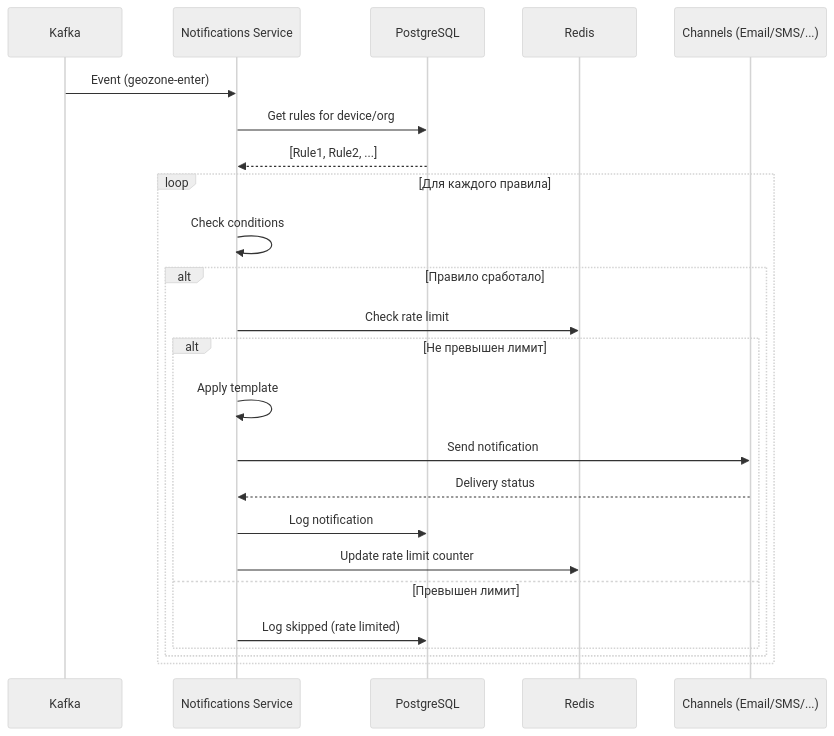
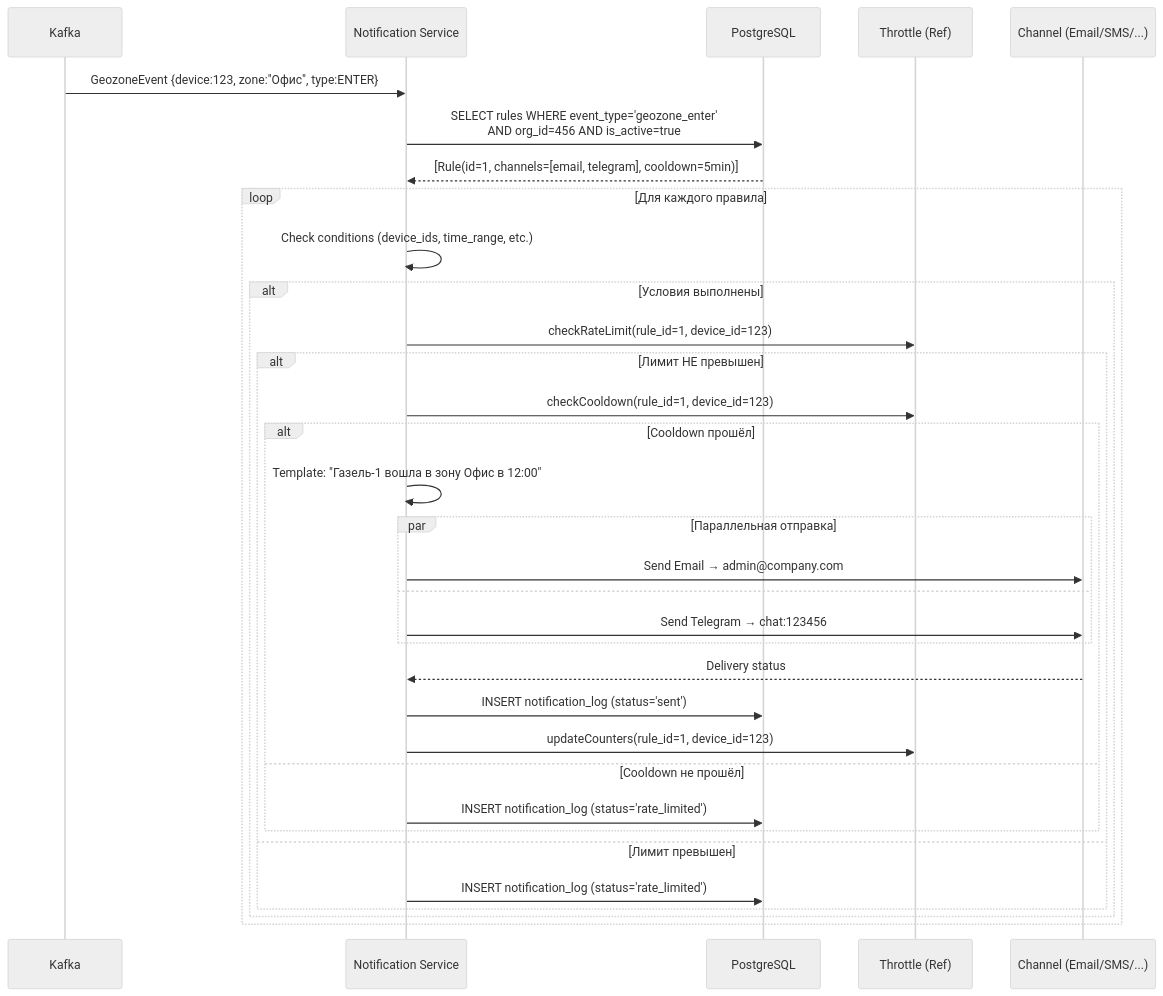
Before and after one commit to revarewerd/wayrecall-tracker-system: the tenth of 28 diagrams in docs/blocks/ARCHITECTURE_BLOCK2.md, drawn with Mermaid (neutral theme). The commit also changed other lines of this file and 544 other files, not shown here.

````diff
--- a/docs/blocks/ARCHITECTURE_BLOCK2.md
+++ b/docs/blocks/ARCHITECTURE_BLOCK2.md
@@ -341,30 +619,43 @@
 ```mermaid
 sequenceDiagram
     participant K as Kafka
-    participant NS as Notifications Service
+    participant NS as Notification Service
     participant DB as PostgreSQL
-    participant R as Redis
-    participant Ch as Channels (Email/SMS/...)
+    participant Th as Throttle (Ref)
+    participant Ch as Channel (Email/SMS/...)
 
-    K->>NS: Event (geozone-enter)
-    NS->>DB: Get rules for device/org
-    DB-->>NS: [Rule1, Rule2, ...]
+    K->>NS: GeozoneEvent {device:123, zone:"Офис", type:ENTER}
     
+    NS->>DB: SELECT rules WHERE event_type='geozone_enter'<br/>AND org_id=456 AND is_active=true
+    DB-->>NS: [Rule(id=1, channels=[email, telegram], cooldown=5min)]
+
     loop Для каждого правила
-        NS->>NS: Check conditions
+        NS->>NS: Check conditions (device_ids, time_range, etc.)
         
-        alt Правило сработало
-            NS->>R: Check rate limit
+        alt Условия выполнены
+            NS->>Th: checkRateLimit(rule_id=1, device_id=123)
             
-            alt Не превышен лимит
-                NS->>NS: Apply template
-                NS->>Ch: Send notification
-                Ch-->>NS: Delivery status
-                NS->>DB: Log notification
-                NS->>R: Update rate limit counter
-            else Превышен лимит
-                NS->>DB: Log skipped (rate limited)
+            alt Лимит НЕ превышен
+                NS->>Th: checkCooldown(rule_id=1, device_id=123)
+                
+                alt Cooldown прошёл
+                    NS->>NS: Template: "Газель-1 вошла в зону Офис в 12:00"
+                    
+                    par Параллельная отправка
+                        NS->>Ch: Send Email → admin@company.com
+                    and
+                        NS->>Ch: Send Telegram → chat:123456
+                    end
+                    
+                    Ch-->>NS: Delivery status
+                    NS->>DB: INSERT notification_log (status='sent')
+                    NS->>Th: updateCounters(rule_id=1, device_id=123)
+                else Cooldown не прошёл
+                    NS->>DB: INSERT notification_log (status='rate_limited')
+                end
+            else Лимит превышен
+                NS->>DB: INSERT notification_log (status='rate_limited')
             end
         end
     end
 ```
````
